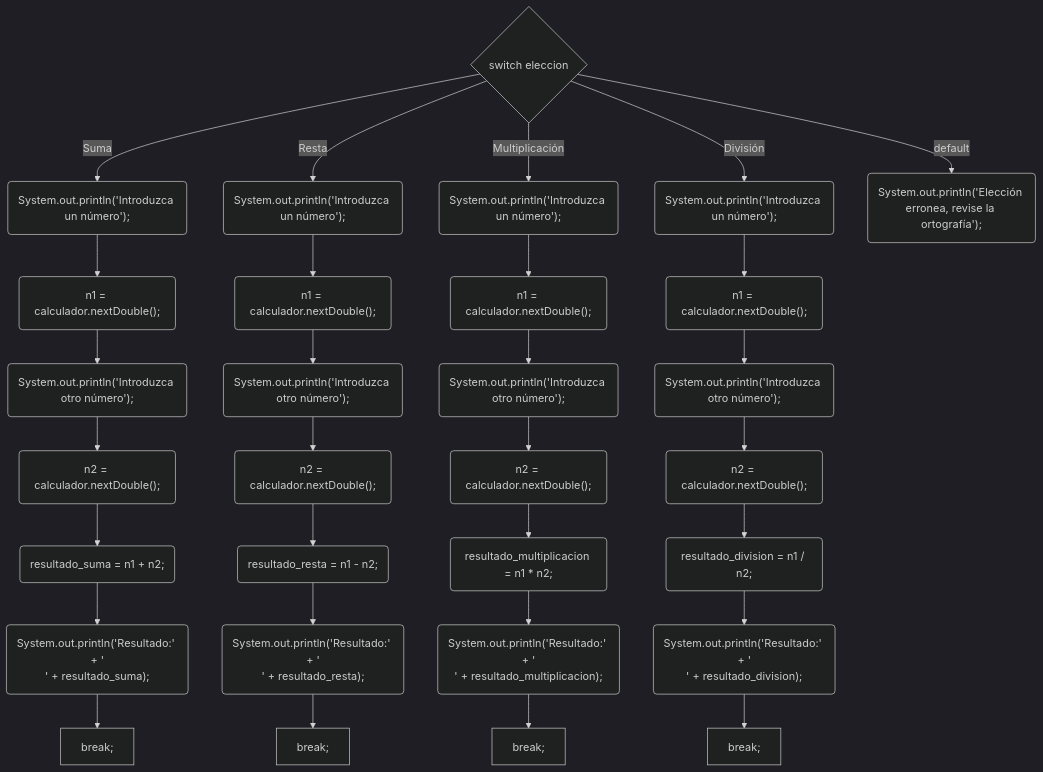
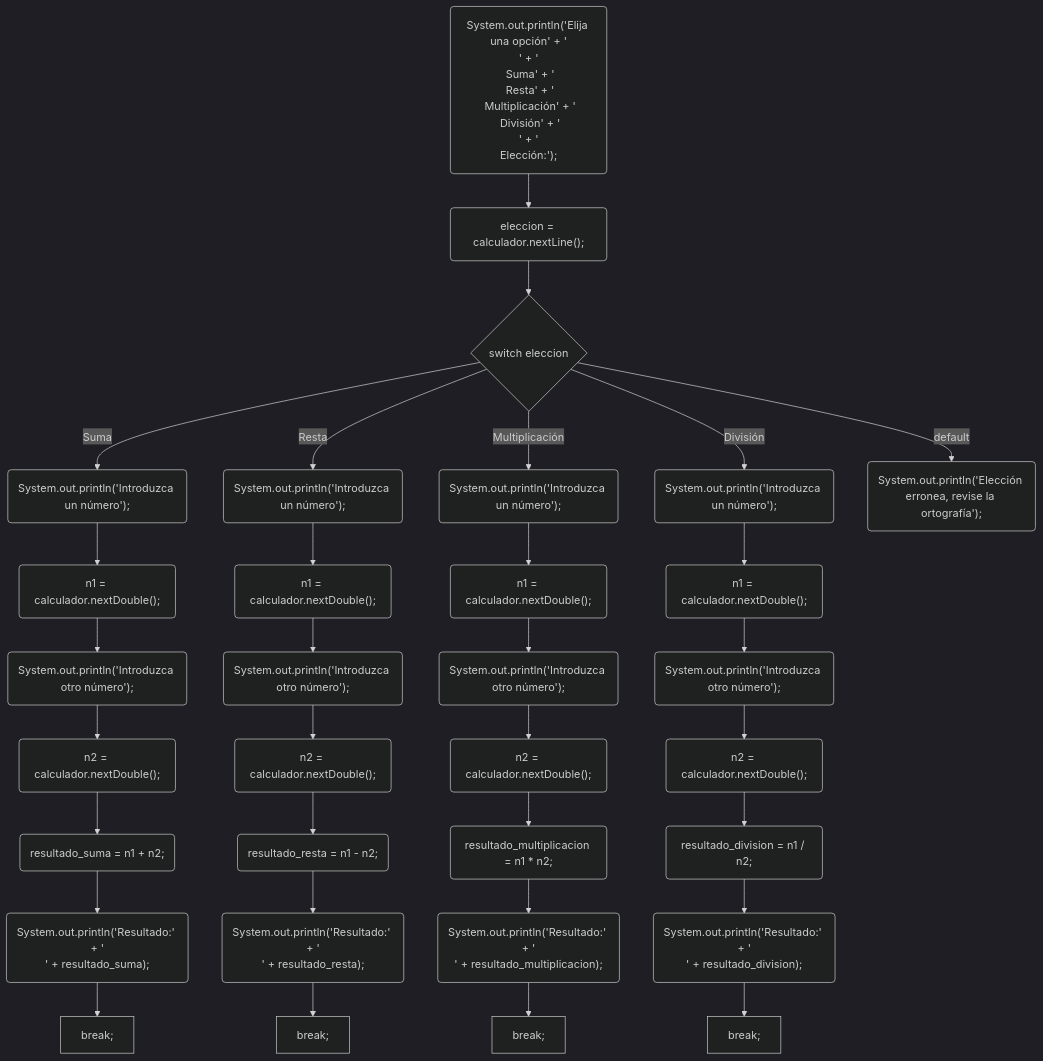
One commit to agonzalezbesada/Ejercicios_quinta_semana changed the diagram in README.md. Above: the diagram before and after it, drawn with Mermaid (dark theme).

Commit message:
Diagrama de flujo final

````diff
--- a/README.md
+++ b/README.md
@@ -1,62 +1,66 @@
 ```mermaid
 graph TD
-  froml1c1tol43c2{"switch eleccion "}
-  froml4c16tol4c59("System.out.println('Introduzca un número');")
-  froml5c16tol5c45("n1 = calculador.nextDouble();")
-  froml6c16tol6c61("System.out.println('Introduzca otro número');")
-  froml7c16tol7c45("n2 = calculador.nextDouble();")
-  froml8c16tol8c41("resultado_suma = n1 + n2;")
-  froml9c16tol9c73("System.out.println('Resultado:' + '\n' + resultado_suma);")
-  froml10c16tol10c22["break;"]
-  froml13c16tol13c59("System.out.println('Introduzca un número');")
-  froml14c16tol14c45("n1 = calculador.nextDouble();")
-  froml15c16tol15c61("System.out.println('Introduzca otro número');")
-  froml16c16tol16c45("n2 = calculador.nextDouble();")
-  froml17c16tol17c42("resultado_resta = n1 - n2;")
-  froml18c16tol18c74("System.out.println('Resultado:' + '\n' + resultado_resta);")
-  froml19c16tol19c22["break;"]
-  froml22c16tol22c59("System.out.println('Introduzca un número');")
-  froml23c16tol23c45("n1 = calculador.nextDouble();")
-  froml24c16tol24c61("System.out.println('Introduzca otro número');")
-  froml25c16tol25c45("n2 = calculador.nextDouble();")
-  froml26c16tol26c51("resultado_multiplicacion = n1 * n2;")
-  froml27c16tol27c83("System.out.println('Resultado:' + '\n' + resultado_multiplicacion);")
-  froml28c16tol28c22["break;"]
-  froml31c16tol31c59("System.out.println('Introduzca un número');")
-  froml32c16tol32c45("n1 = calculador.nextDouble();")
-  froml33c16tol33c61("System.out.println('Introduzca otro número');")
-  froml34c16tol34c45("n2 = calculador.nextDouble();")
-  froml35c16tol35c45("resultado_division = n1 / n2;")
-  froml36c16tol36c77("System.out.println('Resultado:' + '\n' + resultado_division);")
-  froml37c16tol37c22["break;"]
-  froml40c16tol40c77("System.out.println('Elección erronea, revise la ortografía');")
-  froml4c16tol4c59 --> froml5c16tol5c45
-  froml5c16tol5c45 --> froml6c16tol6c61
-  froml6c16tol6c61 --> froml7c16tol7c45
-  froml7c16tol7c45 --> froml8c16tol8c41
-  froml8c16tol8c41 --> froml9c16tol9c73
-  froml9c16tol9c73 --> froml10c16tol10c22
-  froml1c1tol43c2 -- "Suma" --> froml4c16tol4c59
-  froml13c16tol13c59 --> froml14c16tol14c45
-  froml14c16tol14c45 --> froml15c16tol15c61
-  froml15c16tol15c61 --> froml16c16tol16c45
-  froml16c16tol16c45 --> froml17c16tol17c42
-  froml17c16tol17c42 --> froml18c16tol18c74
-  froml18c16tol18c74 --> froml19c16tol19c22
-  froml1c1tol43c2 -- "Resta" --> froml13c16tol13c59
-  froml22c16tol22c59 --> froml23c16tol23c45
-  froml23c16tol23c45 --> froml24c16tol24c61
-  froml24c16tol24c61 --> froml25c16tol25c45
-  froml25c16tol25c45 --> froml26c16tol26c51
-  froml26c16tol26c51 --> froml27c16tol27c83
-  froml27c16tol27c83 --> froml28c16tol28c22
-  froml1c1tol43c2 -- "Multiplicación" --> froml22c16tol22c59
-  froml31c16tol31c59 --> froml32c16tol32c45
-  froml32c16tol32c45 --> froml33c16tol33c61
-  froml33c16tol33c61 --> froml34c16tol34c45
-  froml34c16tol34c45 --> froml35c16tol35c45
-  froml35c16tol35c45 --> froml36c16tol36c77
-  froml36c16tol36c77 --> froml37c16tol37c22
-  froml1c1tol43c2 -- "División" --> froml31c16tol31c59
-  froml1c1tol43c2 -- default --> froml40c16tol40c77
+  froml1c0tol1c132("System.out.println('Elija una opción' + '\n' + '\n Suma' + '\n Resta' + '\n Multiplicación' + '\n División' + '\n' + '\nElección:');")
+  froml2c8tol2c41("eleccion = calculador.nextLine();")
+  froml5c8tol45c9{"switch eleccion "}
+  froml8c16tol8c59("System.out.println('Introduzca un número');")
+  froml9c16tol9c45("n1 = calculador.nextDouble();")
+  froml10c16tol10c61("System.out.println('Introduzca otro número');")
+  froml11c16tol11c45("n2 = calculador.nextDouble();")
+  froml12c16tol12c41("resultado_suma = n1 + n2;")
+  froml13c16tol13c73("System.out.println('Resultado:' + '\n' + resultado_suma);")
+  froml14c16tol14c22["break;"]
+  froml17c16tol17c59("System.out.println('Introduzca un número');")
+  froml18c16tol18c45("n1 = calculador.nextDouble();")
+  froml19c16tol19c61("System.out.println('Introduzca otro número');")
+  froml20c16tol20c45("n2 = calculador.nextDouble();")
+  froml21c16tol21c42("resultado_resta = n1 - n2;")
+  froml22c16tol22c74("System.out.println('Resultado:' + '\n' + resultado_resta);")
+  froml23c16tol23c22["break;"]
+  froml26c16tol26c59("System.out.println('Introduzca un número');")
+  froml27c16tol27c45("n1 = calculador.nextDouble();")
+  froml28c16tol28c61("System.out.println('Introduzca otro número');")
+  froml29c16tol29c45("n2 = calculador.nextDouble();")
+  froml30c16tol30c51("resultado_multiplicacion = n1 * n2;")
+  froml31c16tol31c83("System.out.println('Resultado:' + '\n' + resultado_multiplicacion);")
+  froml32c16tol32c22["break;"]
+  froml35c16tol35c59("System.out.println('Introduzca un número');")
+  froml36c16tol36c45("n1 = calculador.nextDouble();")
+  froml37c16tol37c61("System.out.println('Introduzca otro número');")
+  froml38c16tol38c45("n2 = calculador.nextDouble();")
+  froml39c16tol39c45("resultado_division = n1 / n2;")
+  froml40c16tol40c77("System.out.println('Resultado:' + '\n' + resultado_division);")
+  froml41c16tol41c22["break;"]
+  froml44c16tol44c77("System.out.println('Elección erronea, revise la ortografía');")
+  froml1c0tol1c132 --> froml2c8tol2c41
+  froml8c16tol8c59 --> froml9c16tol9c45
+  froml9c16tol9c45 --> froml10c16tol10c61
+  froml10c16tol10c61 --> froml11c16tol11c45
+  froml11c16tol11c45 --> froml12c16tol12c41
+  froml12c16tol12c41 --> froml13c16tol13c73
+  froml13c16tol13c73 --> froml14c16tol14c22
+  froml5c8tol45c9 -- "Suma" --> froml8c16tol8c59
+  froml17c16tol17c59 --> froml18c16tol18c45
+  froml18c16tol18c45 --> froml19c16tol19c61
+  froml19c16tol19c61 --> froml20c16tol20c45
+  froml20c16tol20c45 --> froml21c16tol21c42
+  froml21c16tol21c42 --> froml22c16tol22c74
+  froml22c16tol22c74 --> froml23c16tol23c22
+  froml5c8tol45c9 -- "Resta" --> froml17c16tol17c59
+  froml26c16tol26c59 --> froml27c16tol27c45
+  froml27c16tol27c45 --> froml28c16tol28c61
+  froml28c16tol28c61 --> froml29c16tol29c45
+  froml29c16tol29c45 --> froml30c16tol30c51
+  froml30c16tol30c51 --> froml31c16tol31c83
+  froml31c16tol31c83 --> froml32c16tol32c22
+  froml5c8tol45c9 -- "Multiplicación" --> froml26c16tol26c59
+  froml35c16tol35c59 --> froml36c16tol36c45
+  froml36c16tol36c45 --> froml37c16tol37c61
+  froml37c16tol37c61 --> froml38c16tol38c45
+  froml38c16tol38c45 --> froml39c16tol39c45
+  froml39c16tol39c45 --> froml40c16tol40c77
+  froml40c16tol40c77 --> froml41c16tol41c22
+  froml5c8tol45c9 -- "División" --> froml35c16tol35c59
+  froml5c8tol45c9 -- default --> froml44c16tol44c77
+  froml2c8tol2c41 --> froml5c8tol45c9
 ```
````
